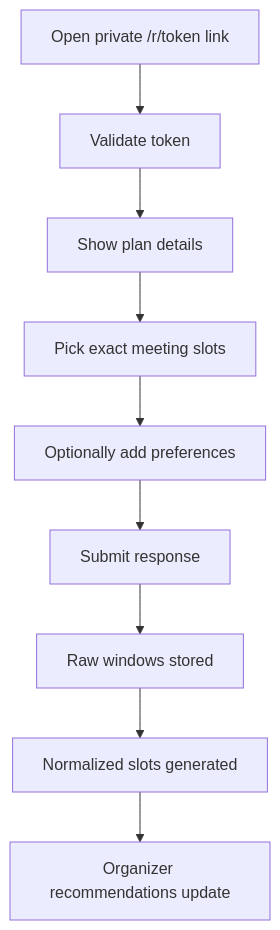
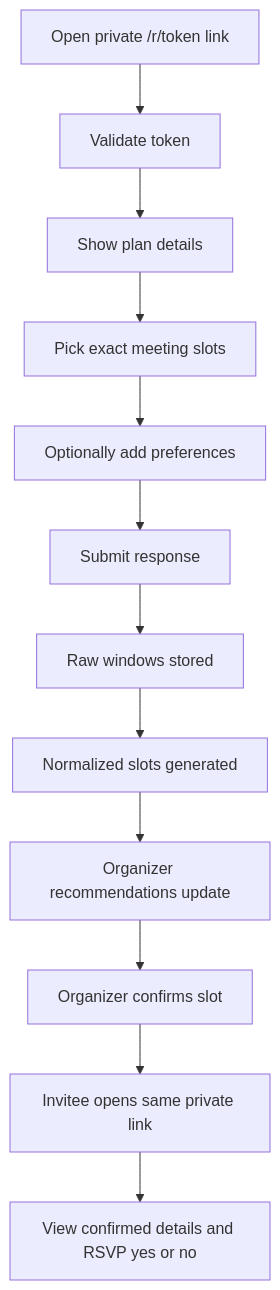
One commit to anxkhn/togoo changed the third of 5 diagrams in README.md. Above: the diagram before and after it, drawn with Mermaid. The commit also changed other lines of this file and 12 other files, not shown here.

````diff
--- a/README.md
+++ b/README.md
@@ -108,11 +110,14 @@
 ```mermaid
 flowchart TD
     A[Open private /r/token link] --> B[Validate token]
     B --> C[Show plan details]
     C --> D[Pick exact meeting slots]
     D --> E[Optionally add preferences]
     E --> F[Submit response]
     F --> G[Raw windows stored]
     G --> H[Normalized slots generated]
     H --> I[Organizer recommendations update]
+    I --> J[Organizer confirms slot]
+    J --> K[Invitee opens same private link]
+    K --> L[View confirmed details and RSVP yes or no]
 ```
````
